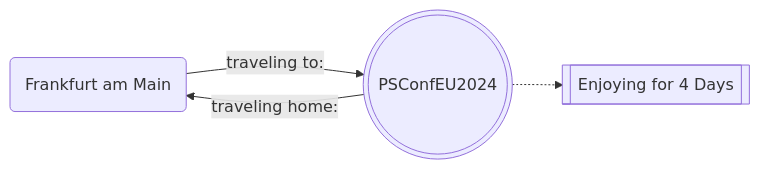
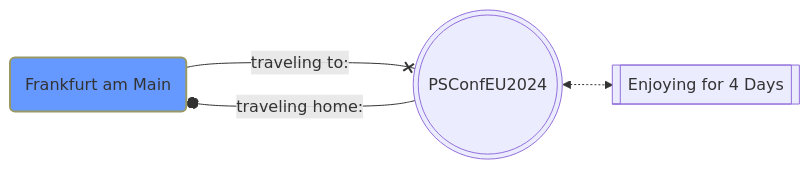
One commit to HCRitter/PSMermaid changed the second of 2 diagrams in README.md. Above: the diagram before and after it, drawn with Mermaid. The commit also changed other lines of this file and 5 other files, not shown here.

````diff
--- a/README.md
+++ b/README.md
@@ -62,6 +65,7 @@
 ```mermaid
 graph LR
-        ID1(Frankfurt am Main)-->|traveling to:|ID2(((PSConfEU2024)))
-        ID2(((PSConfEU2024)))-.->ID3[[Enjoying for 4 Days]]
-        ID2(((PSConfEU2024)))-->|traveling home:|ID1(Frankfurt am Main)
+        ID1("Frankfurt am Main"):::Starter---x|traveling to:|ID2(((PSConfEU2024)))
+        ID2(((PSConfEU2024)))<.->ID3[[Enjoying for 4 Days]]
+        ID2(((PSConfEU2024)))---o|traveling home:|ID1(Frankfurt am Main)
+        classDef Starter fill:#6699ff,stroke:#999966,stroke-width:2px
 ```
````
